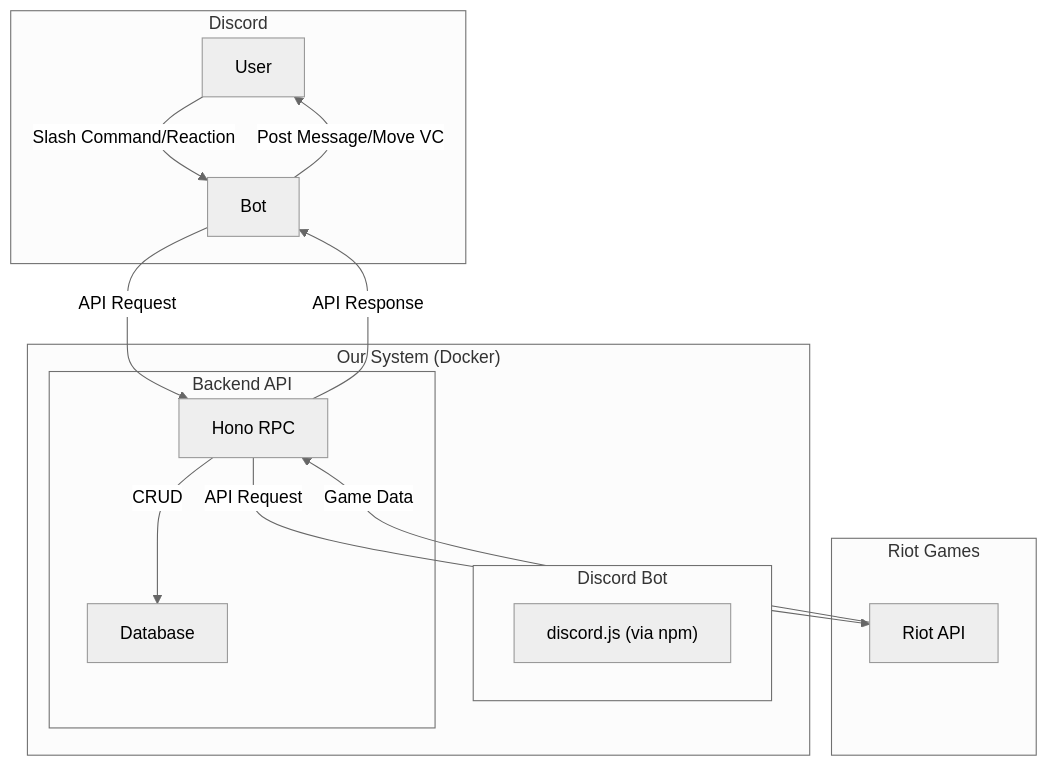
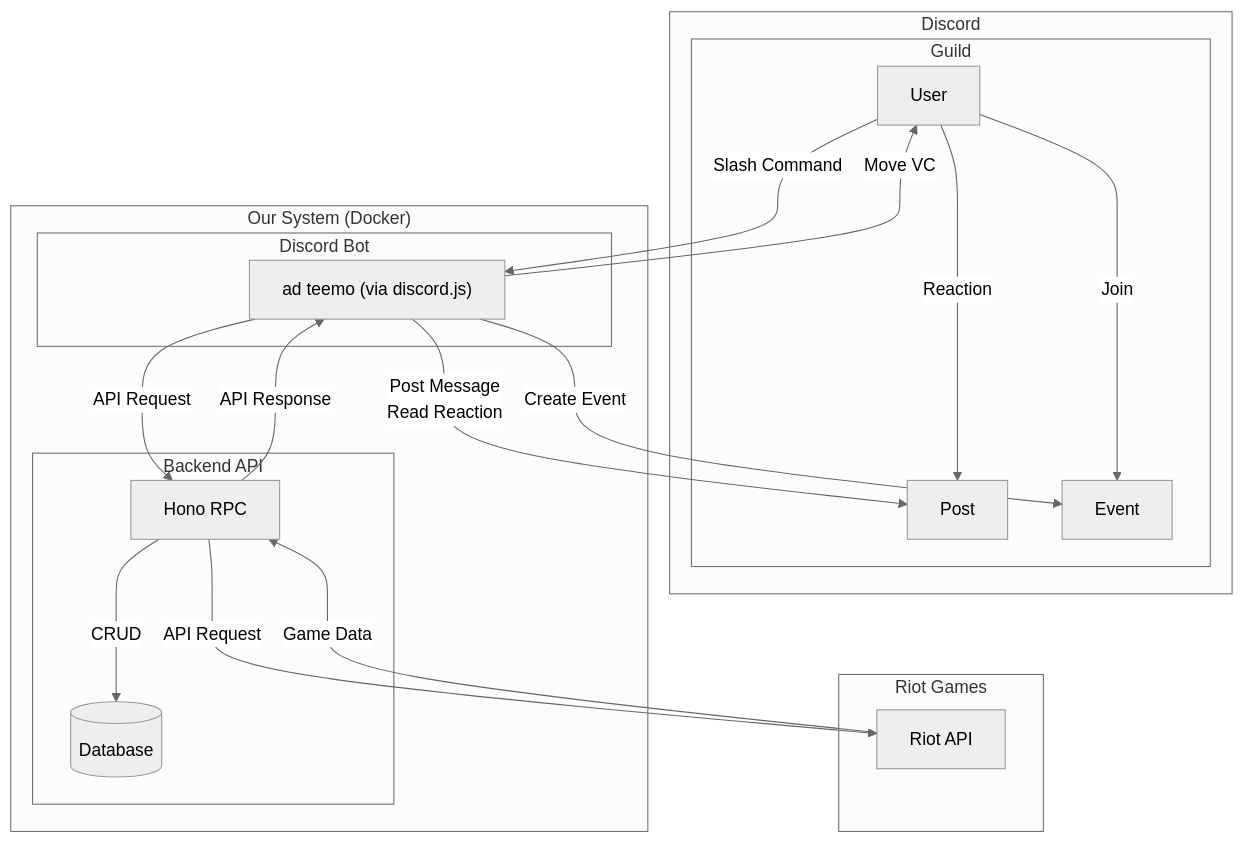
The diagram in SPEC.md (akgm3i/ADTeemo), drawn with Mermaid (neutral theme) before and after one commit. The commit also changed other lines of this file and 10 other files, not shown here.

Commit message:
refactor: update database configuration and schema for user management

````diff
--- a/SPEC.md
+++ b/SPEC.md
@@ -13,29 +13,36 @@
 ```mermaid
 graph TD
     subgraph Discord
-        User
-        Bot
+      subgraph Guild
+          User
+          Post
+          Event
+        end
     end
 
     subgraph "Our System (Docker)"
         subgraph "Discord Bot"
-            A["discord.js (via npm)"]
+            Bot["ad teemo (via discord.js)"]
         end
         subgraph "Backend API"
-            B[Hono RPC]
-            C[Database]
+            API[Hono RPC]
+            DB[(Database)]
         end
     end
 
     subgraph "Riot Games"
         RiotAPI[Riot API]
     end
 
-    User -- Slash Command/Reaction --> Bot
-    Bot -- API Request --> B
-    B -- CRUD --> C
-    B -- API Request --> RiotAPI
-    RiotAPI -- Game Data --> B
-    B -- API Response --> Bot
-    Bot -- Post Message/Move VC --> User
+    User -- Slash Command --> Bot
+    User -- Reaction --> Post
+    User -- Join --> Event
+    Bot -- Post Message<br>Read Reaction --> Post
+    Bot -- API Request --> API
+    API -- CRUD --> DB
+    API -- API Request --> RiotAPI
+    RiotAPI -- Game Data --> API
+    API -- API Response --> Bot
+    Bot -- Move VC --> User
+    Bot -- Create Event --> Event
 ```
````
